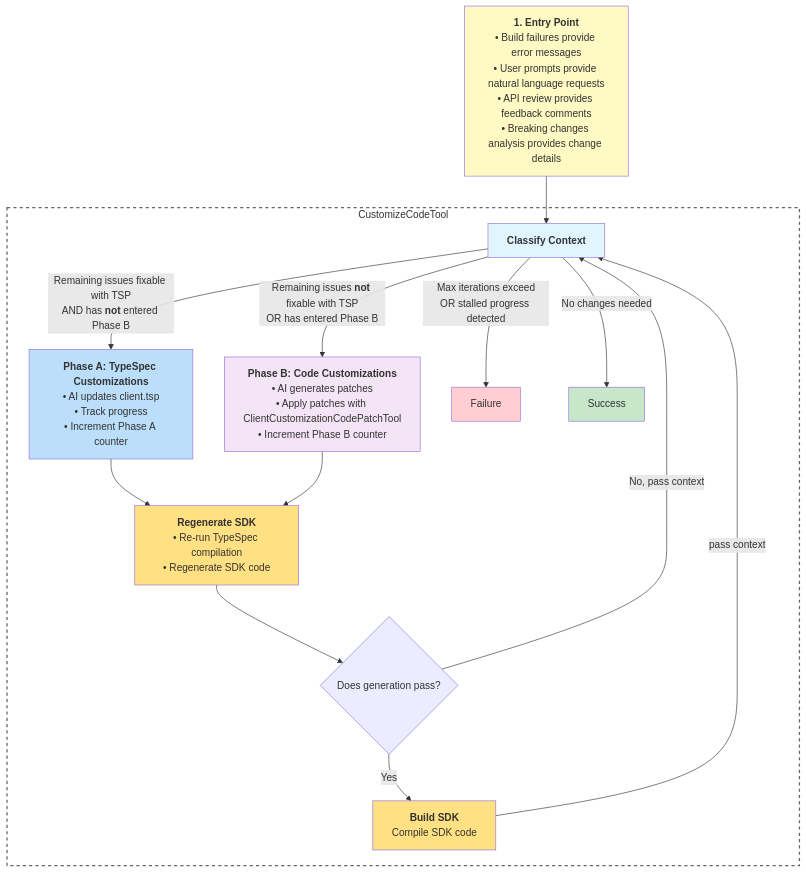
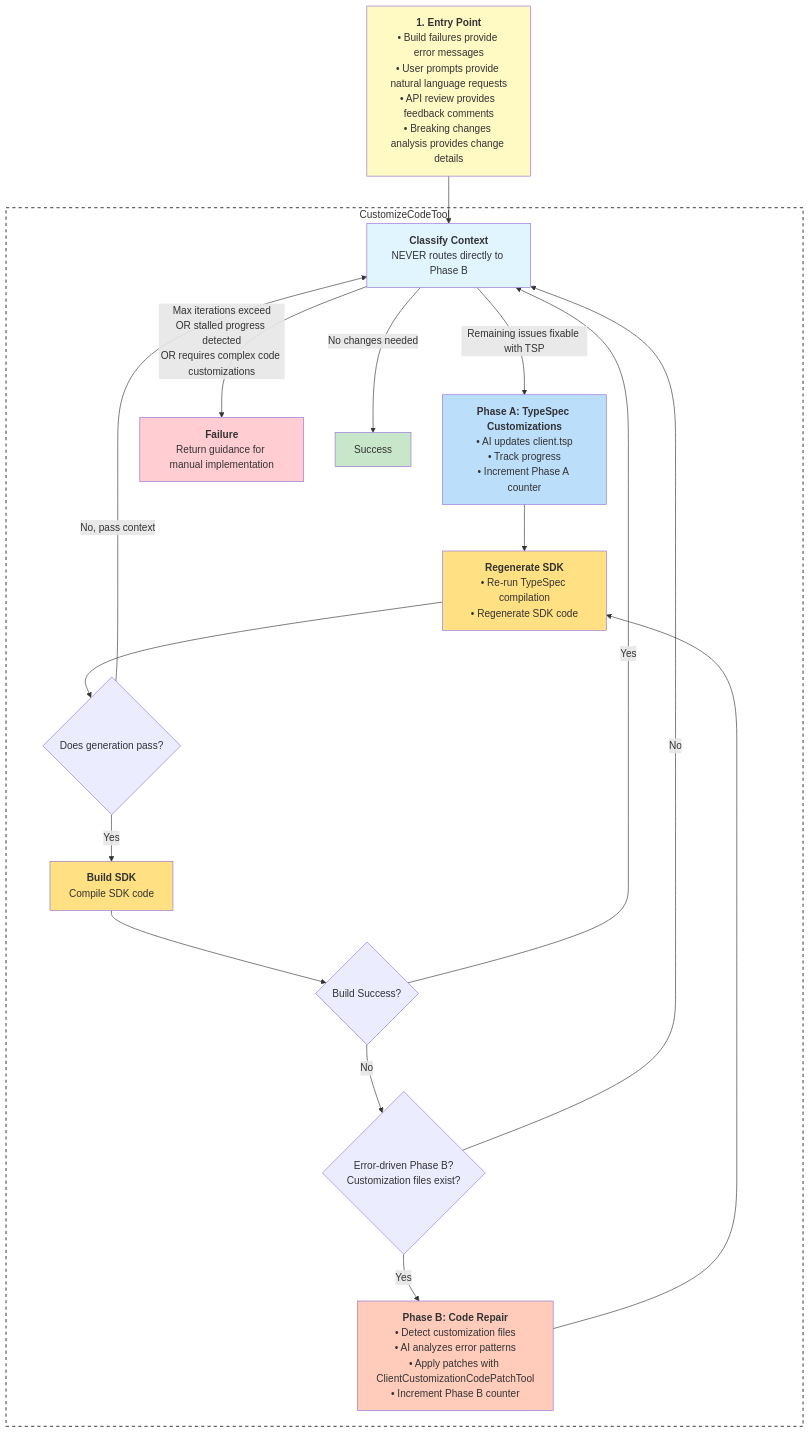
The second of 2 diagrams in tools/azsdk-cli/docs/specs/3-customizing-client-tsp.spec.md (Azure/azure-sdk-tools), drawn with Mermaid before and after one commit. The commit also changed other lines of this file, not shown here.

First line of the commit message:
Revise customization workflow documentation

````diff
--- a/tools/azsdk-cli/docs/specs/3-customizing-client-tsp.spec.md
+++ b/tools/azsdk-cli/docs/specs/3-customizing-client-tsp.spec.md
@@ -258,35 +291,38 @@
 ```mermaid
 flowchart TD
     Entry[<b>1. Entry Point</b><br/>• Build failures provide error messages<br/>• User prompts provide natural language requests<br/>• API review provides feedback comments<br/>• Breaking changes analysis provides change details]
 
     Entry --> Classify
 
     subgraph Tool [CustomizeCodeTool]
-        Classify[<b>Classify Context</b><br/>]
-        Classify --> |Remaining issues fixable with TSP<br/>AND has <b>not</b> entered Phase B|PhaseA[<b>Phase A: TypeSpec Customizations</b><br/>• AI updates client.tsp<br/>• Track progress<br/>• Increment Phase A counter]
-        Classify --> |Remaining issues <b>not</b> fixable with TSP<br/>OR has entered Phase B| PhaseB[<b>Phase B: Code Customizations</b><br/>• AI generates patches<br/>• Apply patches with ClientCustomizationCodePatchTool<br/>• Increment Phase B counter]
-        Classify --> |Max iterations exceed<br/>OR stalled progress detected| Failure
+        Classify[<b>Classify Context</b><br/>NEVER routes directly to Phase B]
+        Classify --> |Remaining issues fixable with TSP|PhaseA[<b>Phase A: TypeSpec Customizations</b><br/>• AI updates client.tsp<br/>• Track progress<br/>• Increment Phase A counter]
+        Classify --> |Max iterations exceed<br/>OR stalled progress detected<br/>OR requires complex code customizations| Failure[<b>Failure</b><br/>Return guidance for manual implementation]
         Classify --> |No changes needed| Success
 
         PhaseA --> RegenSDK[<b>Regenerate SDK</b><br/>• Re-run TypeSpec compilation<br/>• Regenerate SDK code<br/>]
-        PhaseB -->RegenSDK
 
         RegenSDK --> ValidateRegen{Does generation pass?}
         ValidateRegen --> |No, pass context| Classify
         ValidateRegen --> |Yes| BuildSDK[<b>Build SDK</b><br/>Compile SDK code<br/>]
 
-        BuildSDK --> |pass context| Classify
+        BuildSDK --> BuildSuccess{Build Success?}
+        BuildSuccess --> |Yes| Classify
+        BuildSuccess --> |No| CheckPhaseB{Error-driven Phase B?<br/>Customization files exist?}
+        CheckPhaseB --> |No| Classify
+        CheckPhaseB --> |Yes| PhaseB[<b>Phase B: Code Repair</b><br/>• Detect customization files<br/>• AI analyzes error patterns<br/>• Apply patches with ClientCustomizationCodePatchTool<br/>• Increment Phase B counter]
+        PhaseB --> RegenSDK
 
     end
 
     style Entry fill:#fff9c4
     style Classify fill:#e1f5fe
     style PhaseA fill:#bbdefb
-    style PhaseB fill:#f3e5f5
+    style PhaseB fill:#ffccbc
     style Success fill:#c8e6c9
     style Failure fill:#ffcdd2
     style RegenSDK fill:#ffe082
     style RegenSDK fill:#ffe082
     style BuildSDK fill:#ffe082
     style Tool fill:none,stroke:#666,stroke-width:2px,stroke-dasharray: 5 5
 ```
````
